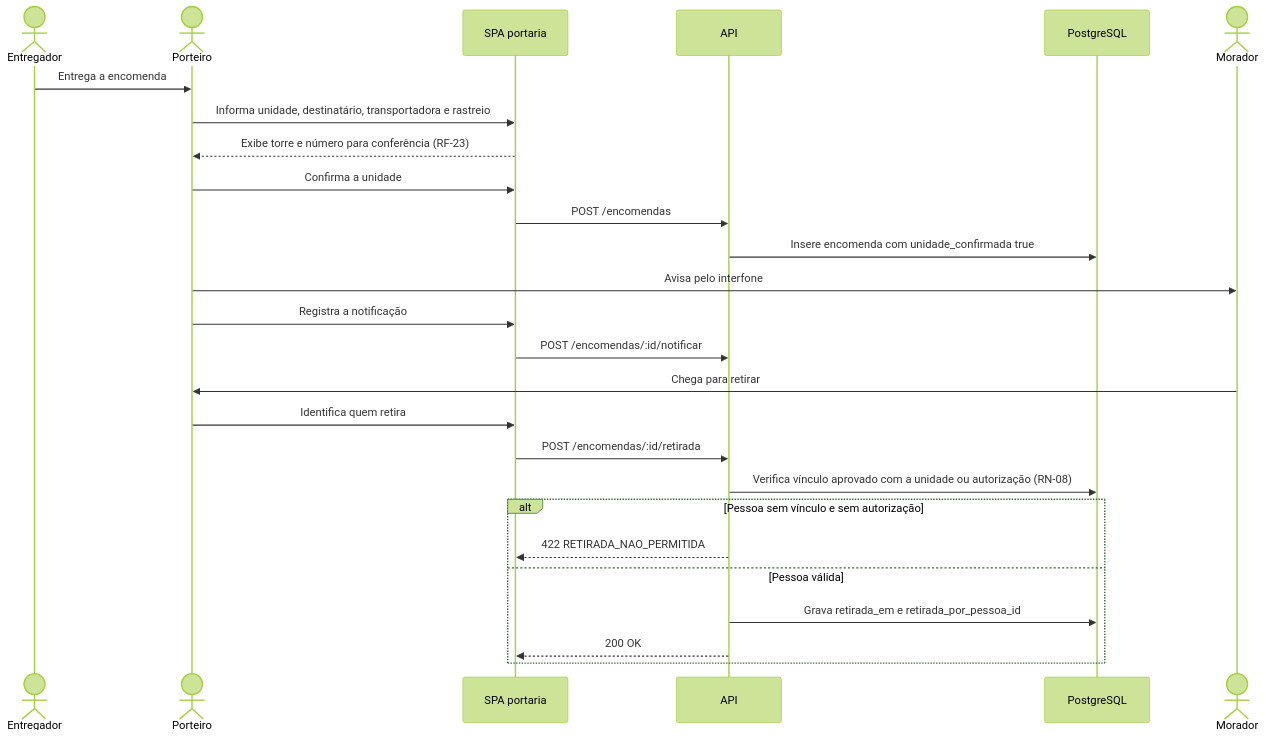
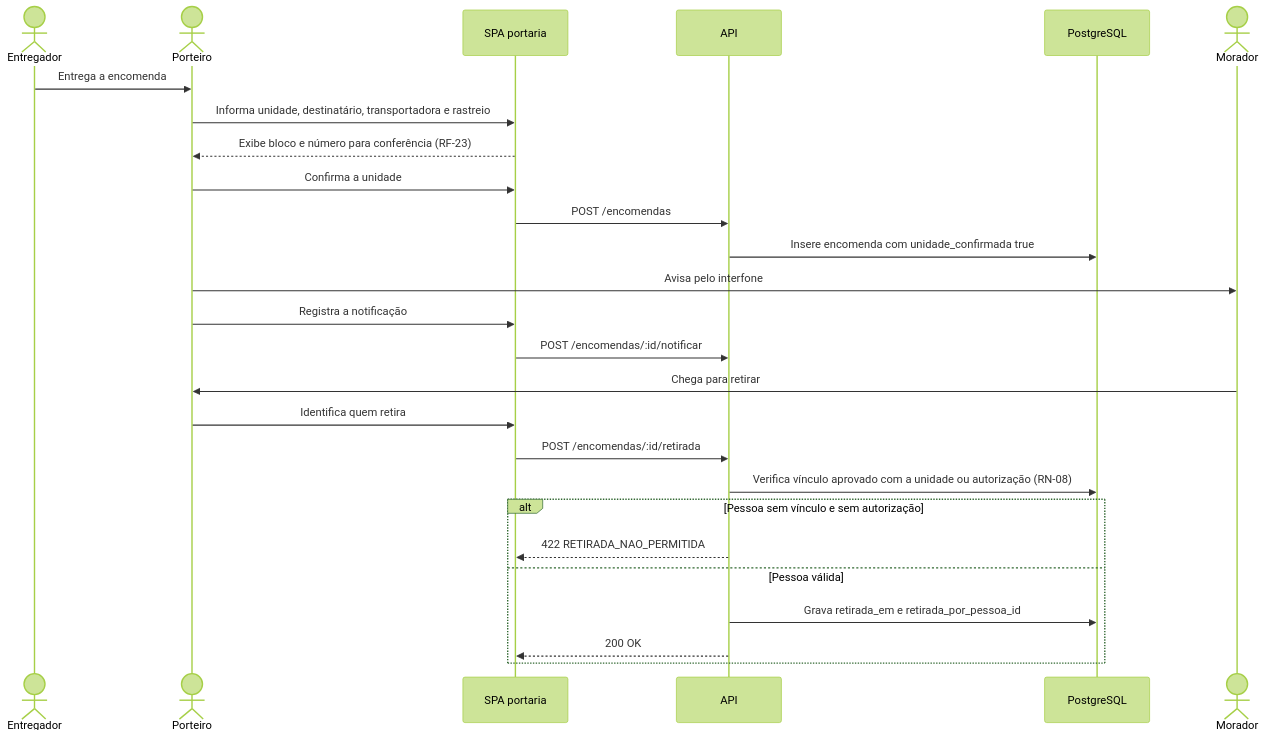
Before and after one commit to ragrunge/TCC_GESTAO_ACESSO: the sixth of 6 diagrams in docs/02_especificacao_tecnica.md, drawn with Mermaid (forest theme). The commit also changed other lines of this file and 91 other files, not shown here.

````diff
--- a/docs/02_especificacao_tecnica.md
+++ b/docs/02_especificacao_tecnica.md
@@ -1036,29 +1036,29 @@
 ```mermaid
 sequenceDiagram
     actor T as Entregador
     actor P as Porteiro
     participant W as SPA portaria
     participant A as API
     participant D as PostgreSQL
     actor M as Morador
 
     T->>P: Entrega a encomenda
     P->>W: Informa unidade, destinatário, transportadora e rastreio
-    W-->>P: Exibe torre e número para conferência (RF-23)
+    W-->>P: Exibe bloco e número para conferência (RF-23)
     P->>W: Confirma a unidade
     W->>A: POST /encomendas
     A->>D: Insere encomenda com unidade_confirmada true
     P->>M: Avisa pelo interfone
     P->>W: Registra a notificação
     W->>A: POST /encomendas/:id/notificar
     M->>P: Chega para retirar
     P->>W: Identifica quem retira
     W->>A: POST /encomendas/:id/retirada
     A->>D: Verifica vínculo aprovado com a unidade ou autorização (RN-08)
     alt Pessoa sem vínculo e sem autorização
         A-->>W: 422 RETIRADA_NAO_PERMITIDA
     else Pessoa válida
         A->>D: Grava retirada_em e retirada_por_pessoa_id
         A-->>W: 200 OK
     end
 ```
````
